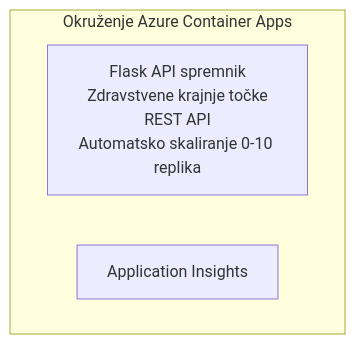
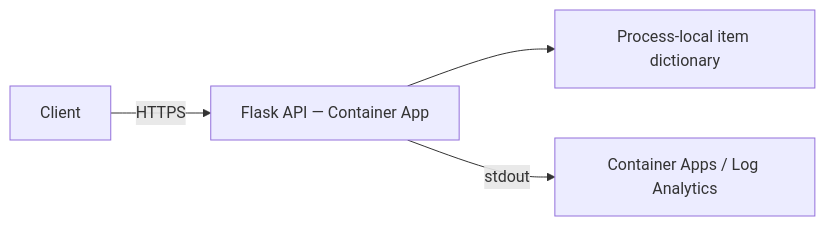
The diagram in translations/hr/examples/container-app/simple-flask-api/README.md (microsoft/AZD-for-beginners), drawn with Mermaid before and after one commit. The commit also changed other lines of this file and 168 other files, not shown here.

````diff
--- a/translations/hr/examples/container-app/simple-flask-api/README.md
+++ b/translations/hr/examples/container-app/simple-flask-api/README.md
@@ -26,7 +16,6 @@
 ```mermaid
-graph TD
-    subgraph ACA[Okruženje Azure Container Apps]
-        Flask[Flask API spremnik<br/>Zdravstvene krajnje točke<br/>REST API<br/>Automatsko skaliranje 0-10 replika]
-        AppInsights[Application Insights]
-    end
+flowchart LR
+    Client -->|HTTPS| API[Flask API — Container App]
+    API --> Memory[Process-local item dictionary]
+    API -->|stdout| Logs[Container Apps / Log Analytics]
 ```
````
